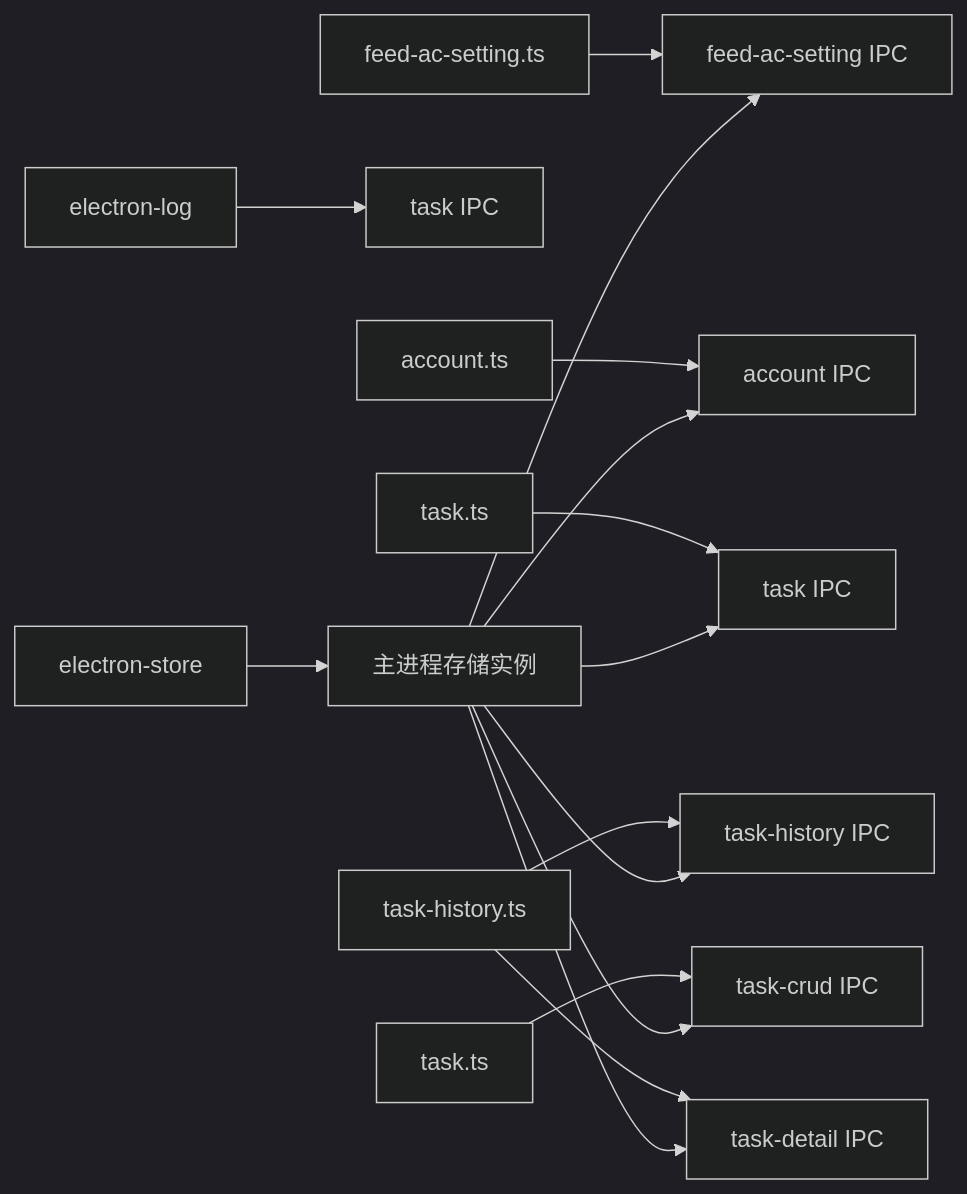
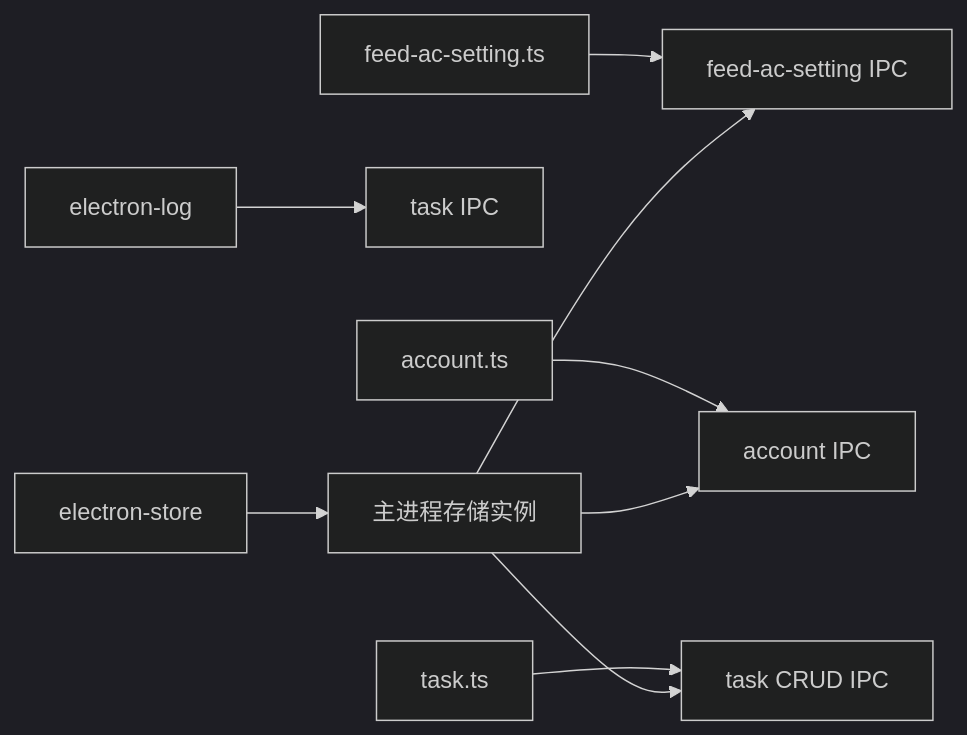
The eighth of 8 diagrams in .qoder/repowiki/zh/content/工具和实用程序/本地存储管理.md (hipig/autoOps), drawn with Mermaid (dark theme) before and after one commit. The commit also changed other lines of this file and 37 other files, not shown here.

````diff
--- a/.qoder/repowiki/zh/content/工具和实用程序/本地存储管理.md
+++ b/.qoder/repowiki/zh/content/工具和实用程序/本地存储管理.md
@@ -368,17 +344,11 @@
 ```mermaid
 graph LR
 ES["electron-store"] --> ST["主进程存储实例"]
 EL["electron-log"] --> TK["task IPC"]
 SH1["feed-ac-setting.ts"] --> IPC1["feed-ac-setting IPC"]
 SH2["account.ts"] --> IPC2["account IPC"]
-SH3["task.ts"] --> IPC3["task IPC"]
-SH4["task-history.ts"] --> IPC4["task-history IPC"]
-SH5["task.ts"] --> IPC5["task-crud IPC"]
-SH4 --> IPC6["task-detail IPC"]
+SH3["task.ts"] --> IPC3["task CRUD IPC"]
 ST --> IPC1
 ST --> IPC2
 ST --> IPC3
-ST --> IPC4
-ST --> IPC5
-ST --> IPC6
 ```
````
